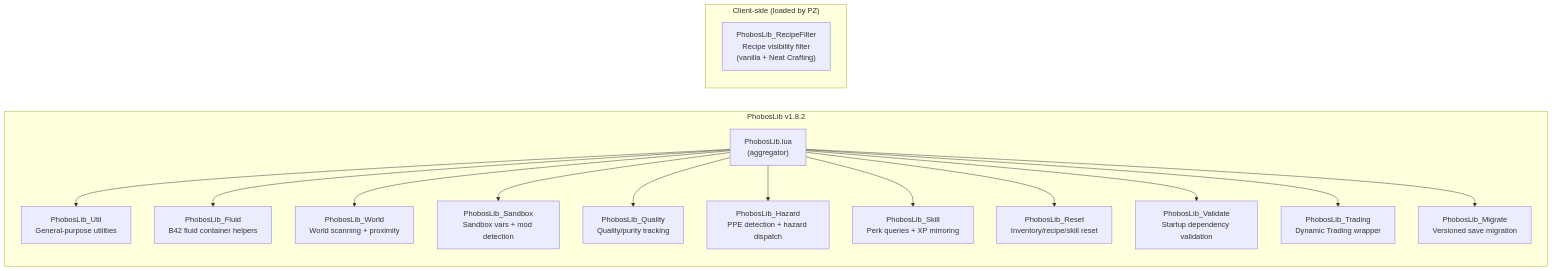
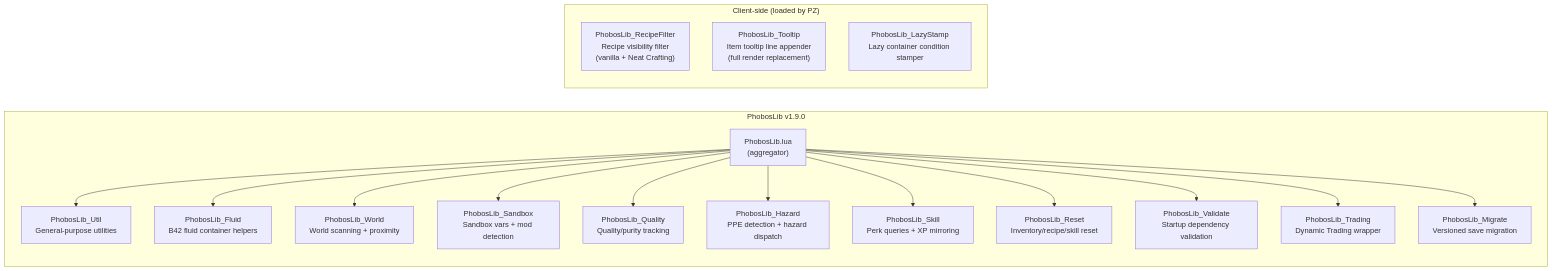
Before and after one commit to phobos-dthorga/mod-pz-phobos-lib: the diagram in docs/diagrams/module-overview.md, drawn with Mermaid. The commit also changed other lines of this file and 5 other files, not shown here.

````diff
--- a/docs/diagrams/module-overview.md
+++ b/docs/diagrams/module-overview.md
@@ -24,34 +24,36 @@
 ```mermaid
 graph LR
-    subgraph LIB["PhobosLib v1.8.2"]
+    subgraph LIB["PhobosLib v1.9.0"]
         INIT["PhobosLib.lua<br/>(aggregator)"]
 
         UTIL["PhobosLib_Util<br/>General-purpose utilities"]
         FLUID["PhobosLib_Fluid<br/>B42 fluid container helpers"]
         WORLD["PhobosLib_World<br/>World scanning + proximity"]
         SANDBOX["PhobosLib_Sandbox<br/>Sandbox vars + mod detection"]
         QUALITY["PhobosLib_Quality<br/>Quality/purity tracking"]
         HAZARD["PhobosLib_Hazard<br/>PPE detection + hazard dispatch"]
         SKILL["PhobosLib_Skill<br/>Perk queries + XP mirroring"]
         RESET["PhobosLib_Reset<br/>Inventory/recipe/skill reset"]
         VALIDATE["PhobosLib_Validate<br/>Startup dependency validation"]
         TRADING["PhobosLib_Trading<br/>Dynamic Trading wrapper"]
         MIGRATE["PhobosLib_Migrate<br/>Versioned save migration"]
     end
 
     subgraph CLIENT["Client-side (loaded by PZ)"]
         RF["PhobosLib_RecipeFilter<br/>Recipe visibility filter<br/>(vanilla + Neat Crafting)"]
+        TT["PhobosLib_Tooltip<br/>Item tooltip line appender<br/>(full render replacement)"]
+        LS["PhobosLib_LazyStamp<br/>Lazy container condition stamper"]
     end
 
     INIT --> UTIL
     INIT --> FLUID
     INIT --> WORLD
     INIT --> SANDBOX
     INIT --> QUALITY
     INIT --> HAZARD
     INIT --> SKILL
     INIT --> RESET
     INIT --> VALIDATE
     INIT --> TRADING
     INIT --> MIGRATE
 ```
````
